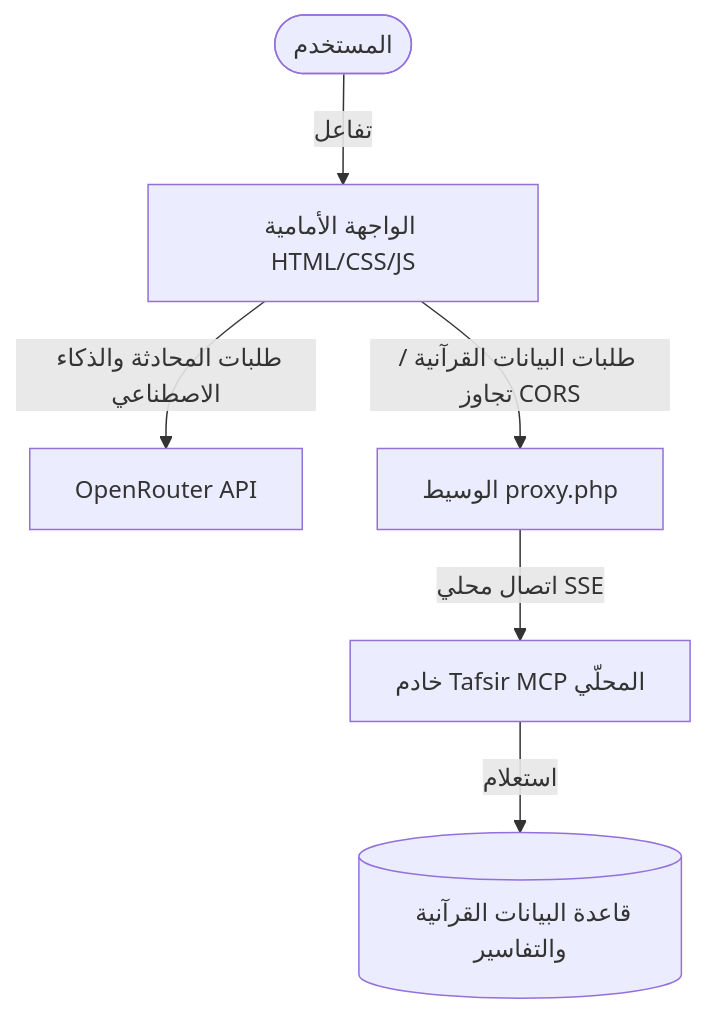
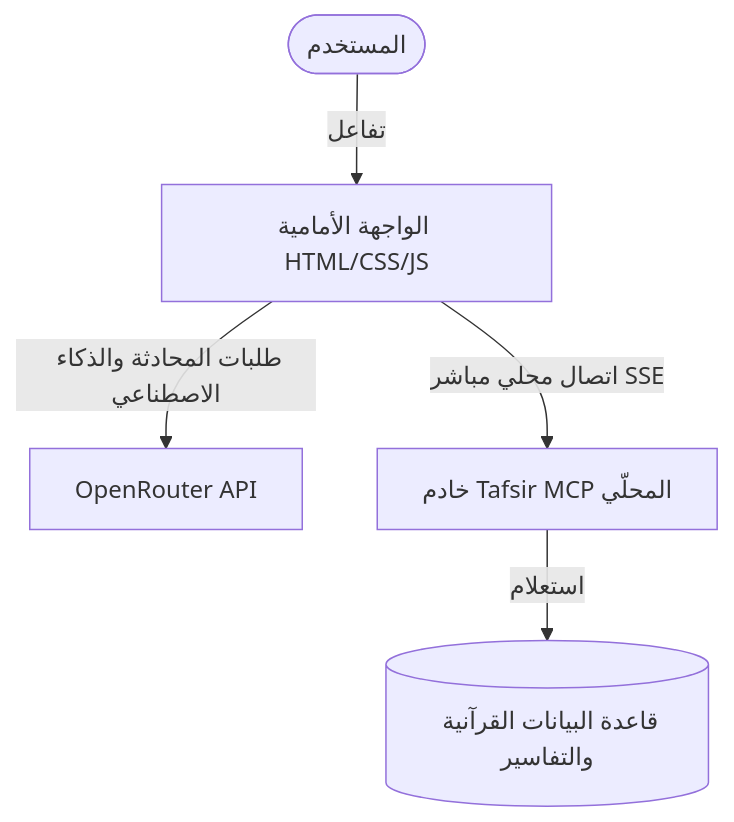
Before and after one commit to alinice1998/Fasserly: the diagram in README.md, drawn with Mermaid. The commit also changed other lines of this file and 6 other files, not shown here.

````diff
--- a/README.md
+++ b/README.md
@@ -35,8 +35,7 @@
 ```mermaid
 graph TD
     User([المستخدم]) -->|تفاعل| Frontend[الواجهة الأمامية HTML/CSS/JS]
     Frontend -->|طلبات المحادثة والذكاء الاصطناعي| OpenRouter[OpenRouter API]
-    Frontend -->|طلبات البيانات القرآنية / تجاوز CORS| PHPProxy[الوسيط proxy.php]
-    PHPProxy -->|اتصال محلي SSE| PythonMCP[خادم Tafsir MCP المحلّي]
+    Frontend -->|اتصال محلي مباشر SSE| PythonMCP[خادم Tafsir MCP المحلّي]
     PythonMCP -->|استعلام| DB[(قاعدة البيانات القرآنية والتفاسير)]
 ```
````
